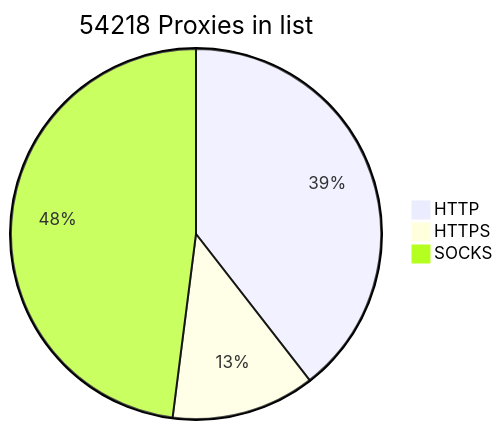
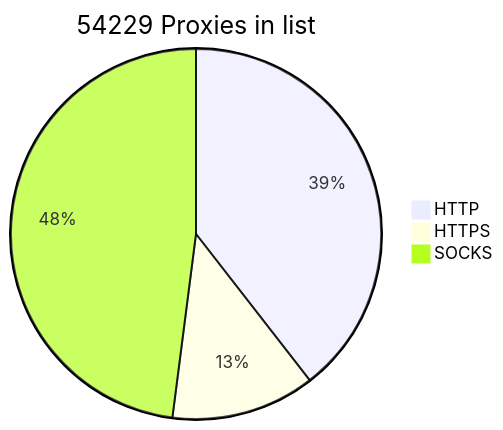
One commit to BlackSnowDot/proxylist-update-every-minute changed the diagram in README.md. Above: the diagram before and after it, drawn with Mermaid.

````diff
--- a/README.md
+++ b/README.md
@@ -2,6 +2,6 @@
 ```mermaid
-pie title 54218 Proxies in list
-    "HTTP" : 23961
-    "HTTPS": 7610
+pie title 54229 Proxies in list
+    "HTTP" : 23967
+    "HTTPS": 7624
     "SOCKS" : 29119
 ```
````
